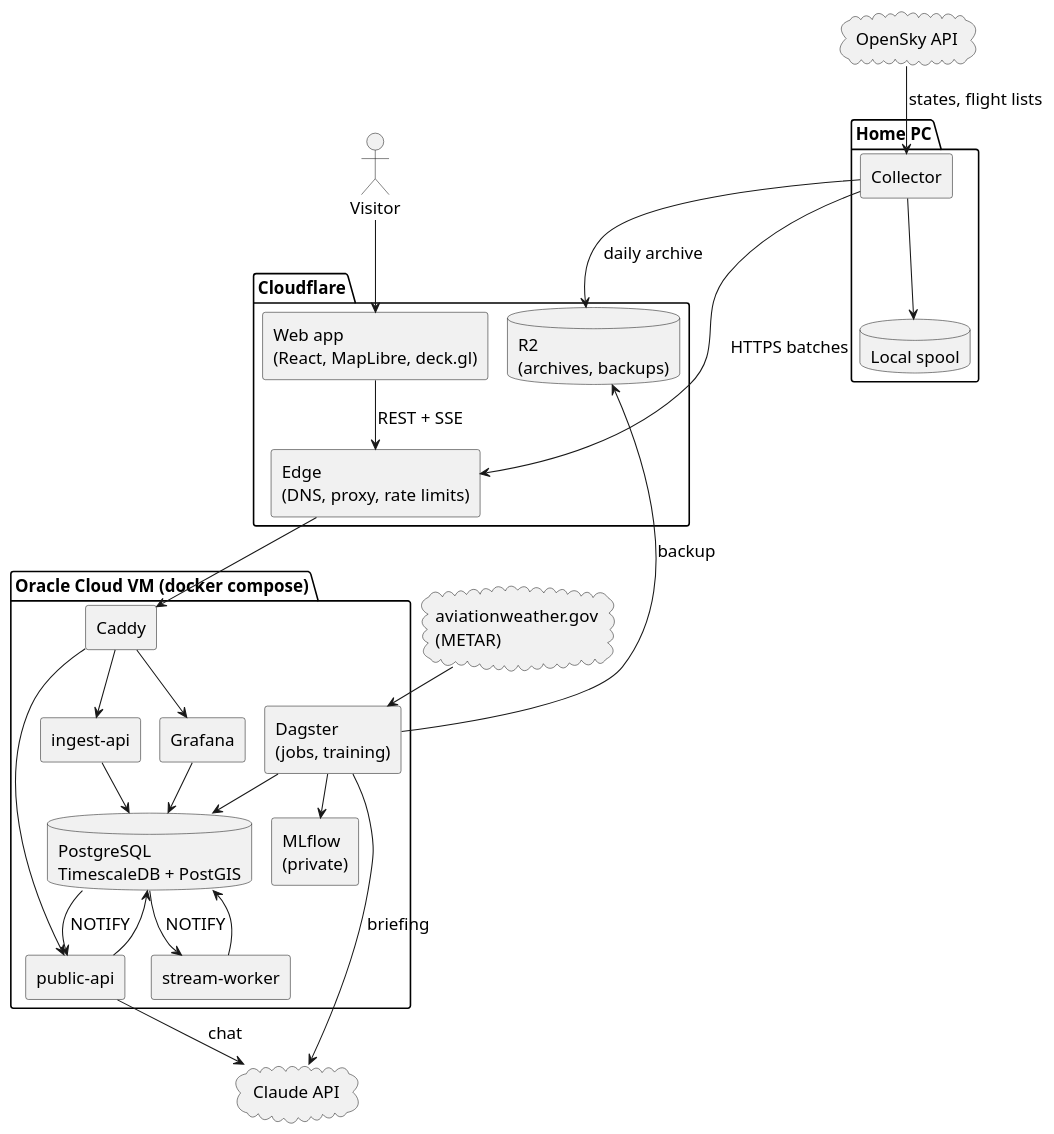
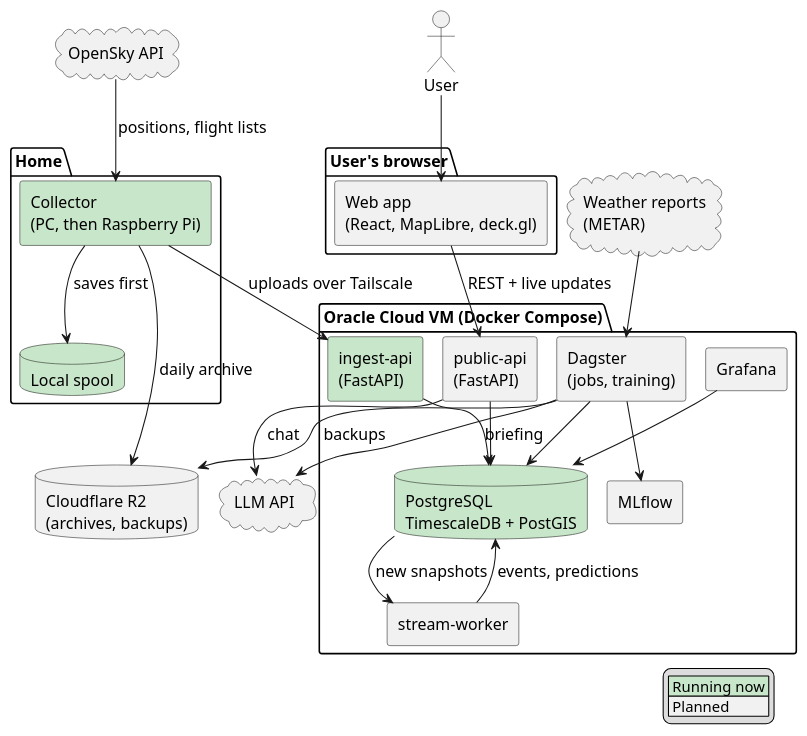
The diagram in docs/diagrams/components.puml (AlekkDev/airspace-live-tracker), drawn with PlantUML before and after one commit. The commit also changed 22 other files, not shown here.

```diff
--- a/docs/diagrams/components.puml
+++ b/docs/diagrams/components.puml
@@ -1,57 +1,55 @@
 @startuml components
 !pragma layout smetana
 skinparam shadowing false
 skinparam defaultFontName Arial
 skinparam componentStyle rectangle
-skinparam defaultFontSize 16
+skinparam defaultFontSize 15
 
-actor "Visitor" as visitor
+actor "User" as user
 cloud "OpenSky API" as opensky
-cloud "Claude API" as claude
-cloud "aviationweather.gov\n(METAR)" as metar
+cloud "Weather reports\n(METAR)" as weather
+cloud "LLM API" as llm
+database "Cloudflare R2\n(archives, backups)" as r2
 
-package "Home PC" {
-  component "Collector" as collector
-  database "Local spool" as spool
+package "Home" {
+  component "Collector\n(PC, then Raspberry Pi)" as collector #C8E6C9
+  database "Local spool" as spool #C8E6C9
 }
 
-package "Cloudflare" {
-  component "Edge\n(DNS, proxy, rate limits)" as edge
+package "User's browser" {
   component "Web app\n(React, MapLibre, deck.gl)" as web
-  database "R2\n(archives, backups)" as r2
 }
 
-package "Oracle Cloud VM (docker compose)" {
-  component "Caddy" as caddy
-  component "ingest-api" as ingest
-  component "public-api" as api
+package "Oracle Cloud VM (Docker Compose)" {
+  component "ingest-api\n(FastAPI)" as ingest #C8E6C9
+  database "PostgreSQL\nTimescaleDB + PostGIS" as db #C8E6C9
+  component "public-api\n(FastAPI)" as api
   component "stream-worker" as stream
   component "Dagster\n(jobs, training)" as dagster
-  component "MLflow\n(private)" as mlflow
+  component "MLflow" as mlflow
   component "Grafana" as grafana
-  database "PostgreSQL\nTimescaleDB + PostGIS" as db
 }
 
-opensky --> collector : states, flight lists
-collector --> spool
-collector --> edge : HTTPS batches
+opensky --> collector : positions, flight lists
+collector --> spool : saves first
+collector --> ingest : uploads over Tailscale
 collector --> r2 : daily archive
-visitor --> web
-web --> edge : REST + SSE
-edge --> caddy
-caddy --> ingest
-caddy --> api
-caddy --> grafana
 ingest --> db
-db --> stream : NOTIFY
-db --> api : NOTIFY
-stream --> db
+db --> stream : new snapshots
+stream --> db : events, predictions
+user --> web
+web --> api : REST + live updates
 api --> db
+api --> llm : chat
 grafana --> db
 dagster --> db
 dagster --> mlflow
-dagster --> r2 : backup
-metar --> dagster
-api --> claude : chat
-dagster --> claude : briefing
+dagster --> llm : briefing
+dagster --> r2 : backups
+weather --> dagster
+
+legend right
+  |<#C8E6C9> Running now |
+  |<#F1F1F1> Planned |
+endlegend
 @enduml
```
